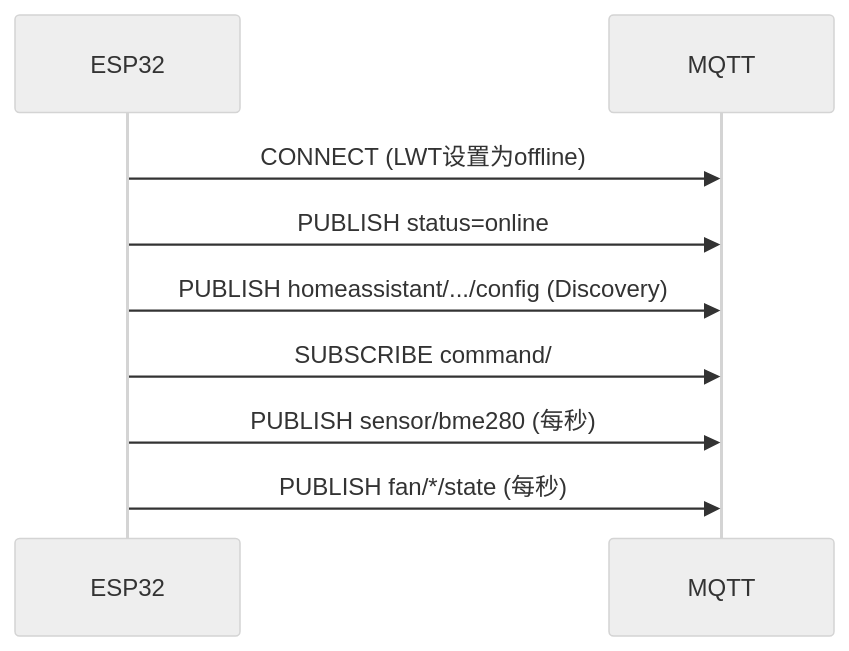
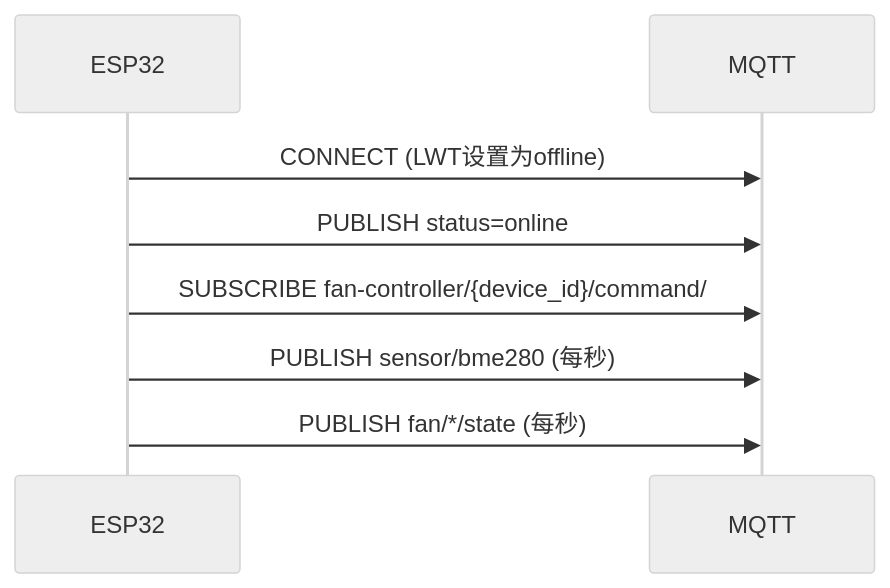
The first of 3 diagrams in docs/protocol.md (OneAsmallFish/smart-fans-system), drawn with Mermaid (neutral theme) before and after one commit. The commit also changed other lines of this file and 9 other files, not shown here.

````diff
--- a/docs/protocol.md
+++ b/docs/protocol.md
@@ -398,9 +456,8 @@
 ```mermaid
 sequenceDiagram
     ESP32->>MQTT: CONNECT (LWT设置为offline)
     ESP32->>MQTT: PUBLISH status=online
-    ESP32->>MQTT: PUBLISH homeassistant/.../config (Discovery)
-    ESP32->>MQTT: SUBSCRIBE command/#
+    ESP32->>MQTT: SUBSCRIBE fan-controller/{device_id}/command/# 与 config/#
     ESP32->>MQTT: PUBLISH sensor/bme280 (每秒)
     ESP32->>MQTT: PUBLISH fan/*/state (每秒)
 ```
````
